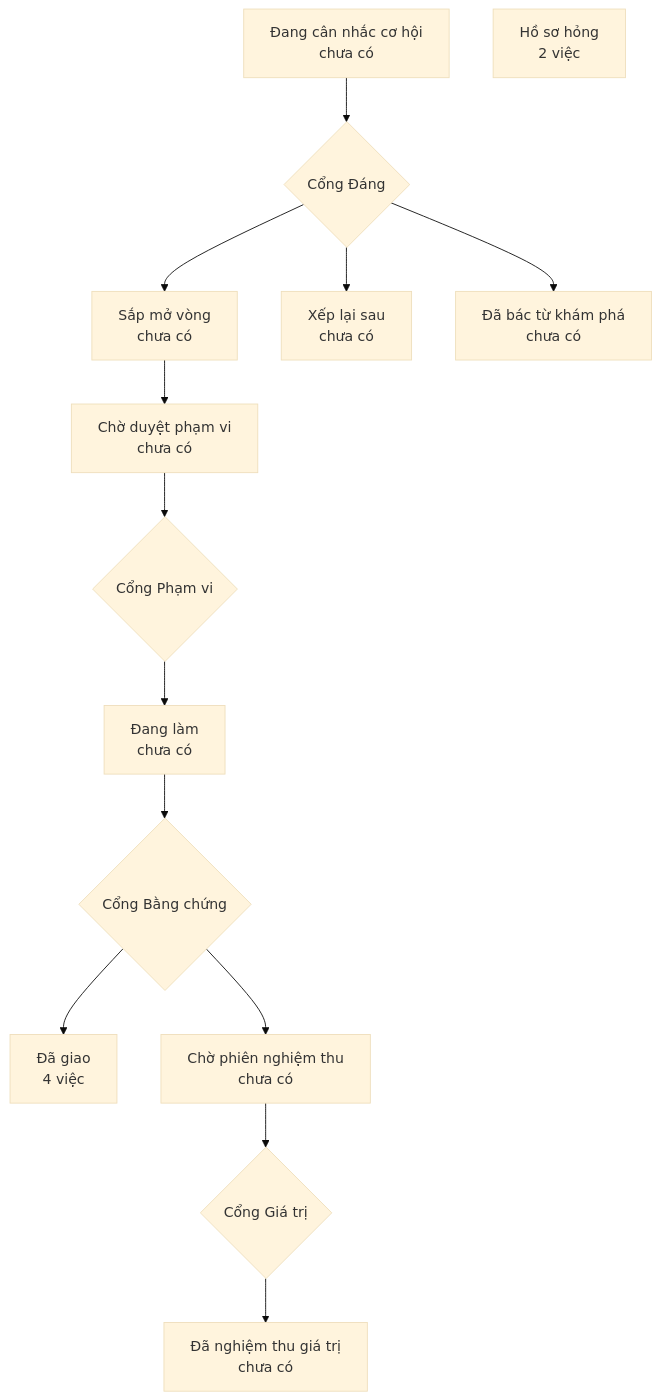
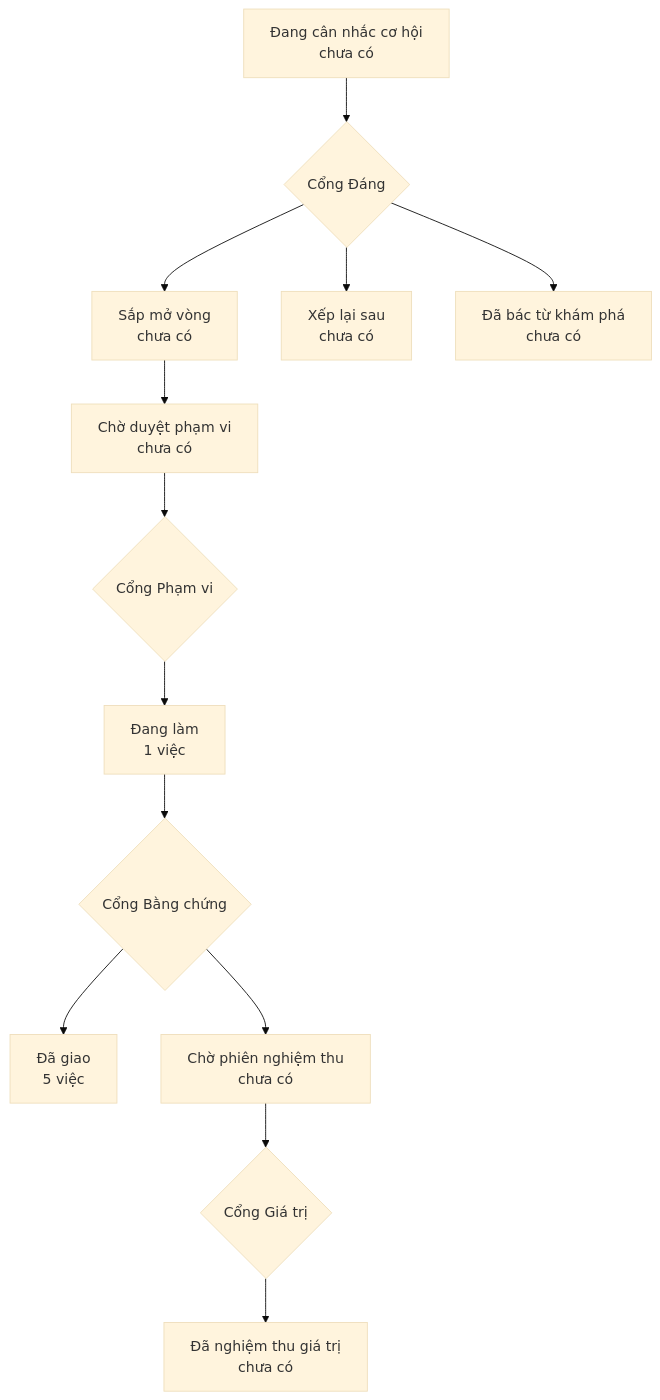
One commit to phanlemanh/crm-onehub changed the diagram in PRODUCT-MAP.md. Above: the diagram before and after it, drawn with Mermaid (base theme). The commit also changed other lines of this file and 3 other files, not shown here.

````diff
--- a/PRODUCT-MAP.md
+++ b/PRODUCT-MAP.md
@@ -6,13 +6,12 @@
 ```mermaid
 flowchart TD
   A["Đang cân nhắc cơ hội<br/>chưa có"] --> GD{"Cổng Đáng"}
   GD --> B["Sắp mở vòng<br/>chưa có"]
   GD --> XL["Xếp lại sau<br/>chưa có"]
   GD --> DB["Đã bác từ khám phá<br/>chưa có"]
   B --> CD["Chờ duyệt phạm vi<br/>chưa có"] --> GP{"Cổng Phạm vi"}
-  GP --> DL["Đang làm<br/>chưa có"] --> GB{"Cổng Bằng chứng"}
-  GB --> DG["Đã giao<br/>4 việc"]
+  GP --> DL["Đang làm<br/>1 việc"] --> GB{"Cổng Bằng chứng"}
+  GB --> DG["Đã giao<br/>5 việc"]
   GB --> CN["Chờ phiên nghiệm thu<br/>chưa có"] --> GG{"Cổng Giá trị"}
   GG --> NT["Đã nghiệm thu giá trị<br/>chưa có"]
-  HS["Hồ sơ hỏng<br/>2 việc"]
 ```
````
